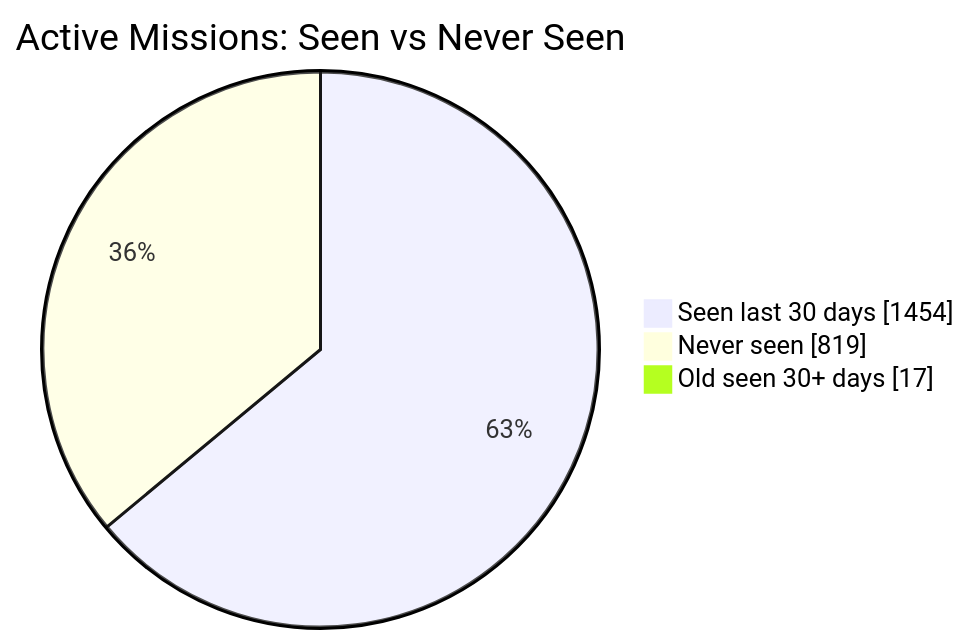
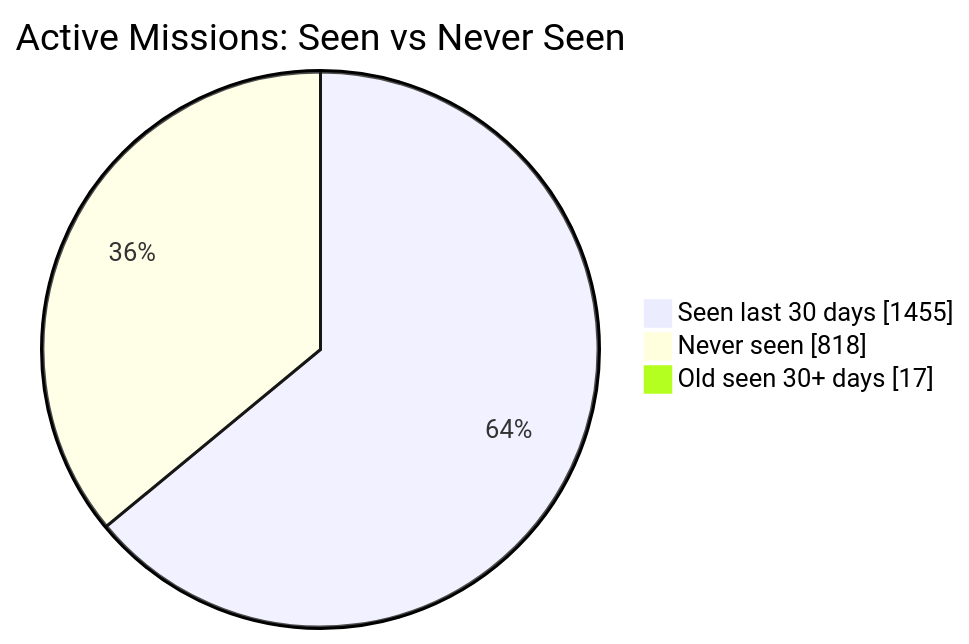
One commit to MeldkamerspelGameTeam/active-missions changed the first of 2 diagrams in README.md. Above: the diagram before and after it, drawn with Mermaid. The commit also changed other lines of this file and 3 other files, not shown here.

````diff
--- a/README.md
+++ b/README.md
@@ -34,7 +34,7 @@
 ```mermaid
 pie showData
     title Active Missions: Seen vs Never Seen
-    "Seen last 30 days" : 1454
-    "Never seen" : 819
+    "Seen last 30 days" : 1455
+    "Never seen" : 818
     "Old seen 30+ days" : 17
 ```
````
